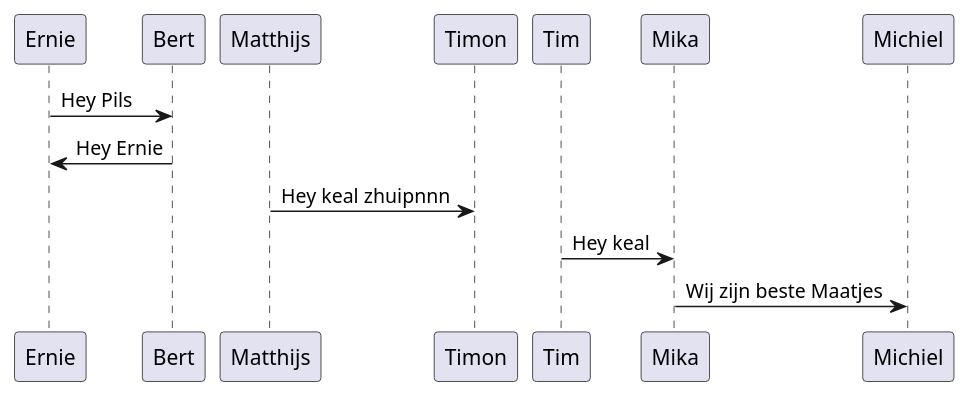
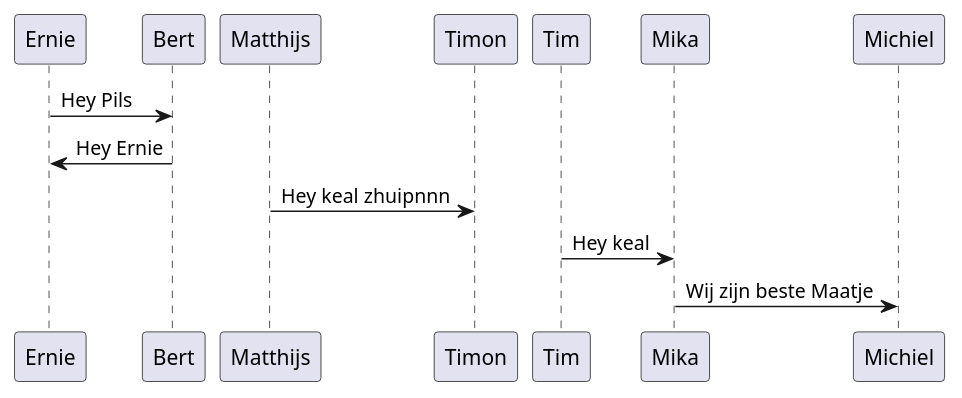
One commit to Timon14kraan/Project-Proces-and-Safety changed the diagram in src/Introduction.md. Above: the diagram before and after it, drawn with PlantUML.

````diff
--- a/src/Introduction.md
+++ b/src/Introduction.md
@@ -3,15 +3,16 @@
 ```plantuml
 @startuml bert_and_ernie
 
 
 Ernie->Bert : Hey Pils
 Bert->Ernie : Hey Ernie
 
 Matthijs->Timon : Hey keal zhuipnnn
 Tim->Mika : Hey keal
-Mika-> Michiel :  Wij zijn beste Maatjes
+Mika-> Michiel :  Wij zijn beste Maatje
+
 
 
 
 @enduml
 ```
````
